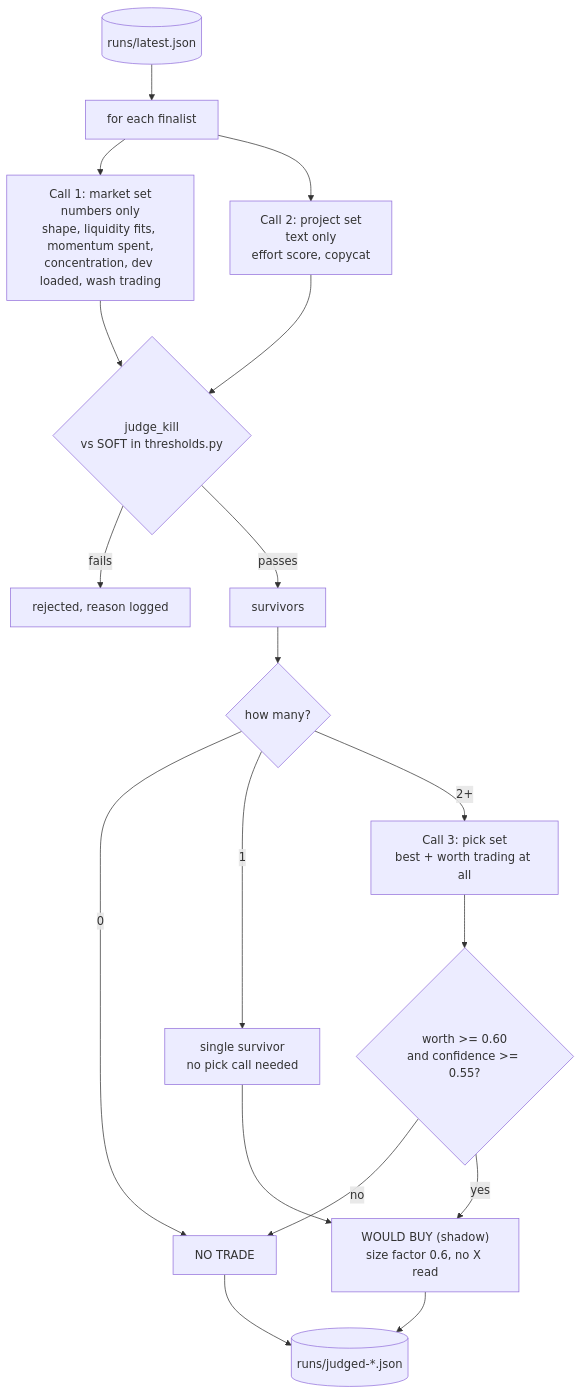
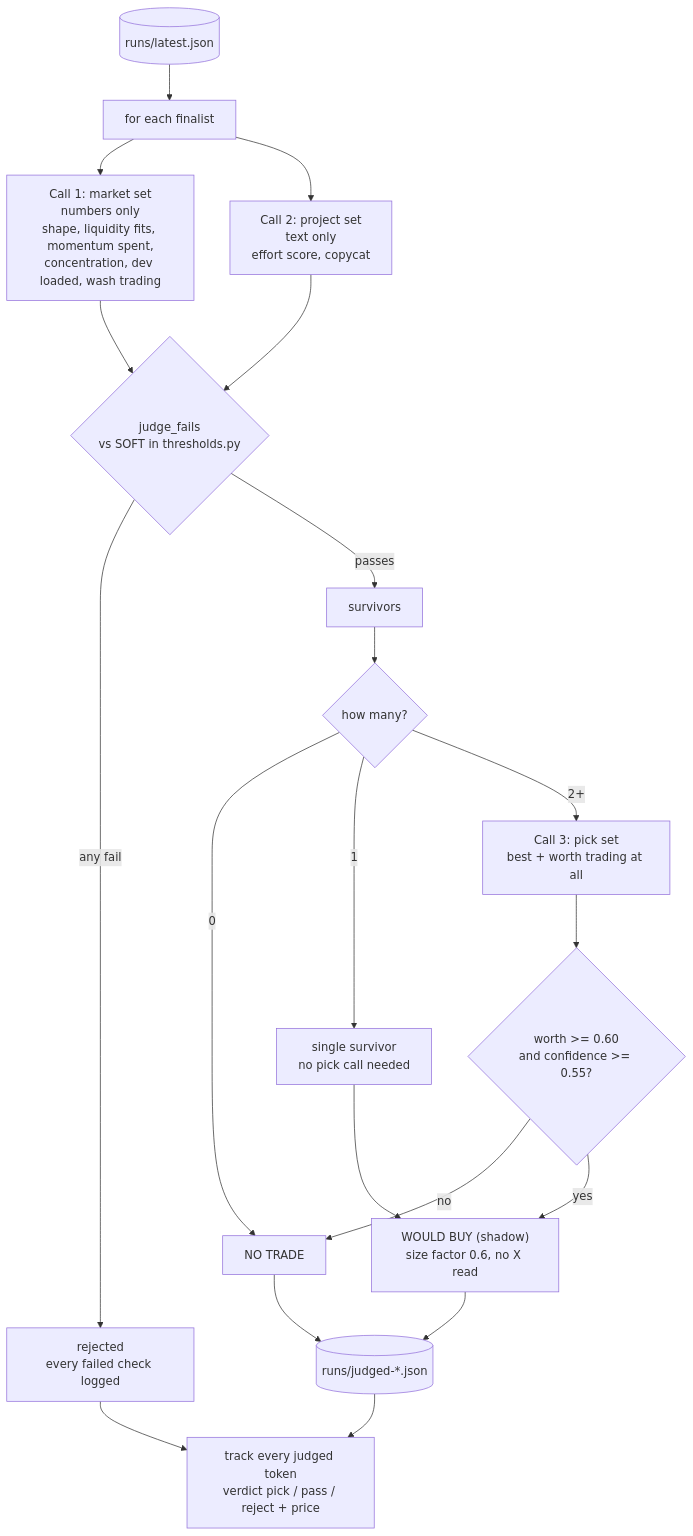
Before and after one commit to NickHammer/jev-desk: the third of 7 diagrams in ARCHITECTURE.md, drawn with Mermaid. The commit also changed other lines of this file and 8 other files, not shown here.

First line of the commit message:
Phase 4: shadow scorekeeper; show every failed Jev check

````diff
--- a/ARCHITECTURE.md
+++ b/ARCHITECTURE.md
@@ -68,20 +72,22 @@
 ```mermaid
 flowchart TD
     L[("runs/latest.json")] --> T["for each finalist"]
     T --> M["Call 1: market set<br/>numbers only<br/>shape, liquidity fits, momentum spent,<br/>concentration, dev loaded, wash trading"]
     T --> P["Call 2: project set<br/>text only<br/>effort score, copycat"]
-    M --> K{"judge_kill<br/>vs SOFT in thresholds.py"}
+    M --> K{"judge_fails<br/>vs SOFT in thresholds.py"}
     P --> K
-    K -- fails --> X["rejected, reason logged"]
+    K -- "any fail" --> X["rejected<br/>every failed check logged"]
     K -- passes --> S["survivors"]
     S --> N{"how many?"}
     N -- 0 --> NT["NO TRADE"]
     N -- 1 --> ONE["single survivor<br/>no pick call needed"]
     N -- "2+" --> PK["Call 3: pick set<br/>best + worth trading at all"]
     PK --> G{"worth >= 0.60<br/>and confidence >= 0.55?"}
     G -- no --> NT
     G -- yes --> WB["WOULD BUY (shadow)<br/>size factor 0.6, no X read"]
     ONE --> WB
     WB --> OUT[("runs/judged-*.json")]
     NT --> OUT
+    OUT --> TR["track every judged token<br/>verdict pick / pass / reject + price"]
+    X --> TR
 ```
````
